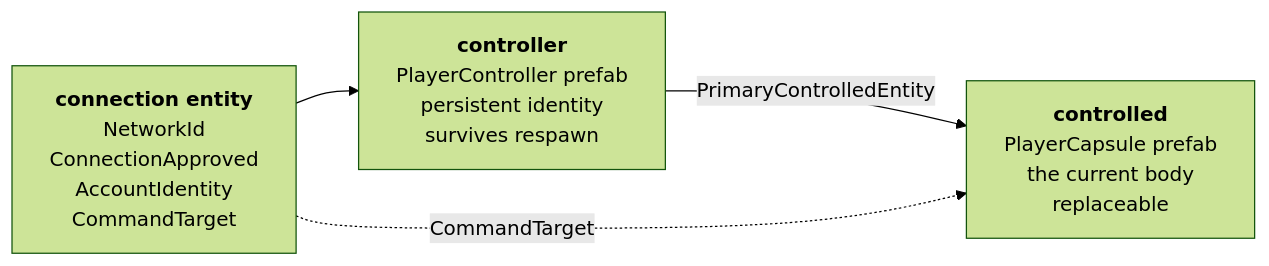
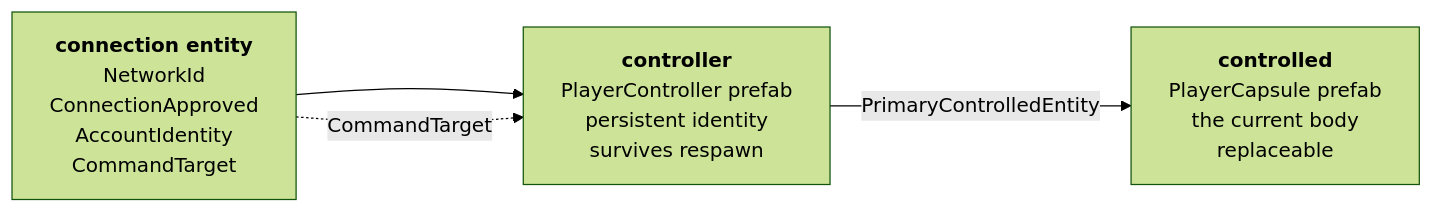
Before and after one commit to IAFahim/two-capsules: the second of 3 diagrams in book/22-ownership.md, drawn with Mermaid (forest theme). The commit also changed other lines of this file and 5 other files, not shown here.

````diff
--- a/book/22-ownership.md
+++ b/book/22-ownership.md
@@ -30,9 +30,9 @@
 ```mermaid
 flowchart LR
     CONN["<b>connection entity</b><br/>NetworkId<br/>ConnectionApproved<br/>AccountIdentity<br/>CommandTarget"]
     CTRL["<b>controller</b><br/>PlayerController prefab<br/>persistent identity<br/>survives respawn"]
     PAWN["<b>controlled</b><br/>PlayerCapsule prefab<br/>the current body<br/>replaceable"]
     CONN --> CTRL
     CTRL -->|PrimaryControlledEntity| PAWN
-    CONN -.->|CommandTarget| PAWN
+    CONN -.->|CommandTarget| CTRL
 ```
````
